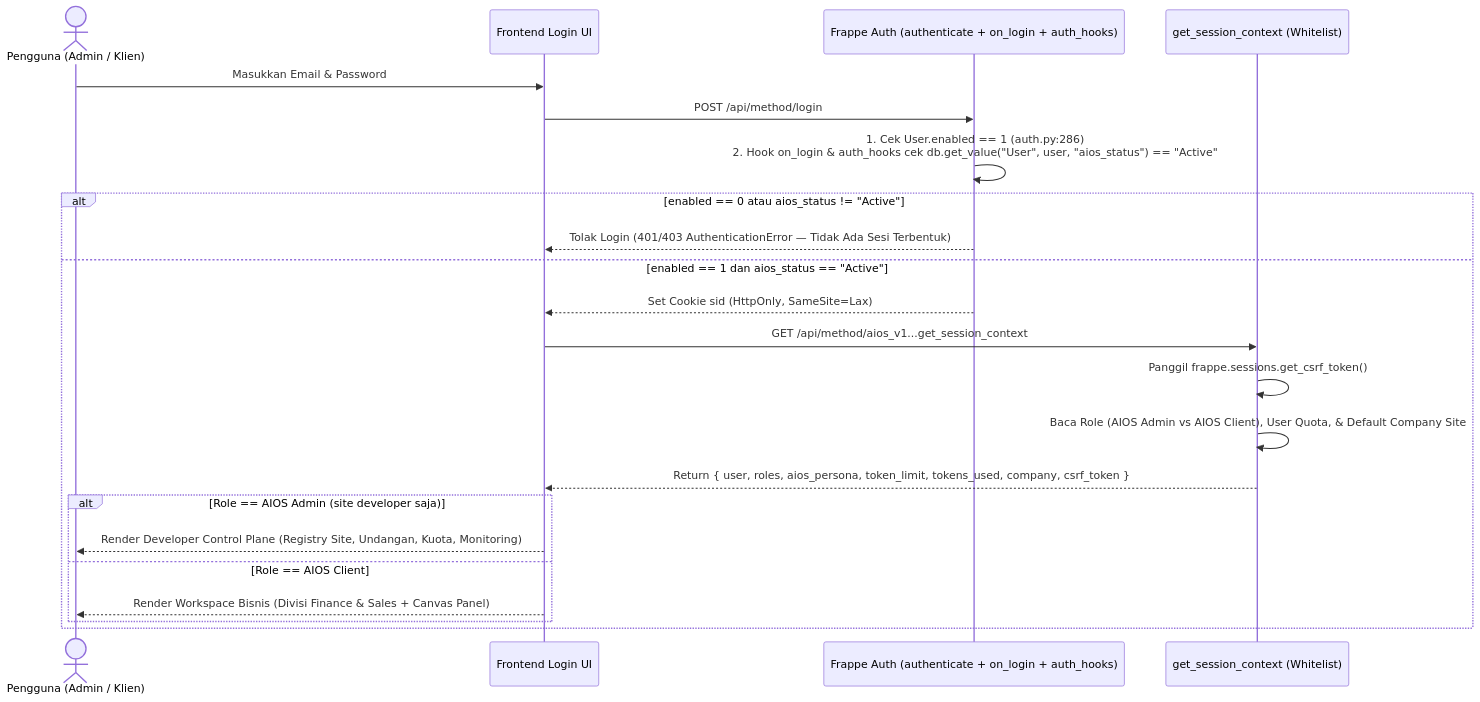
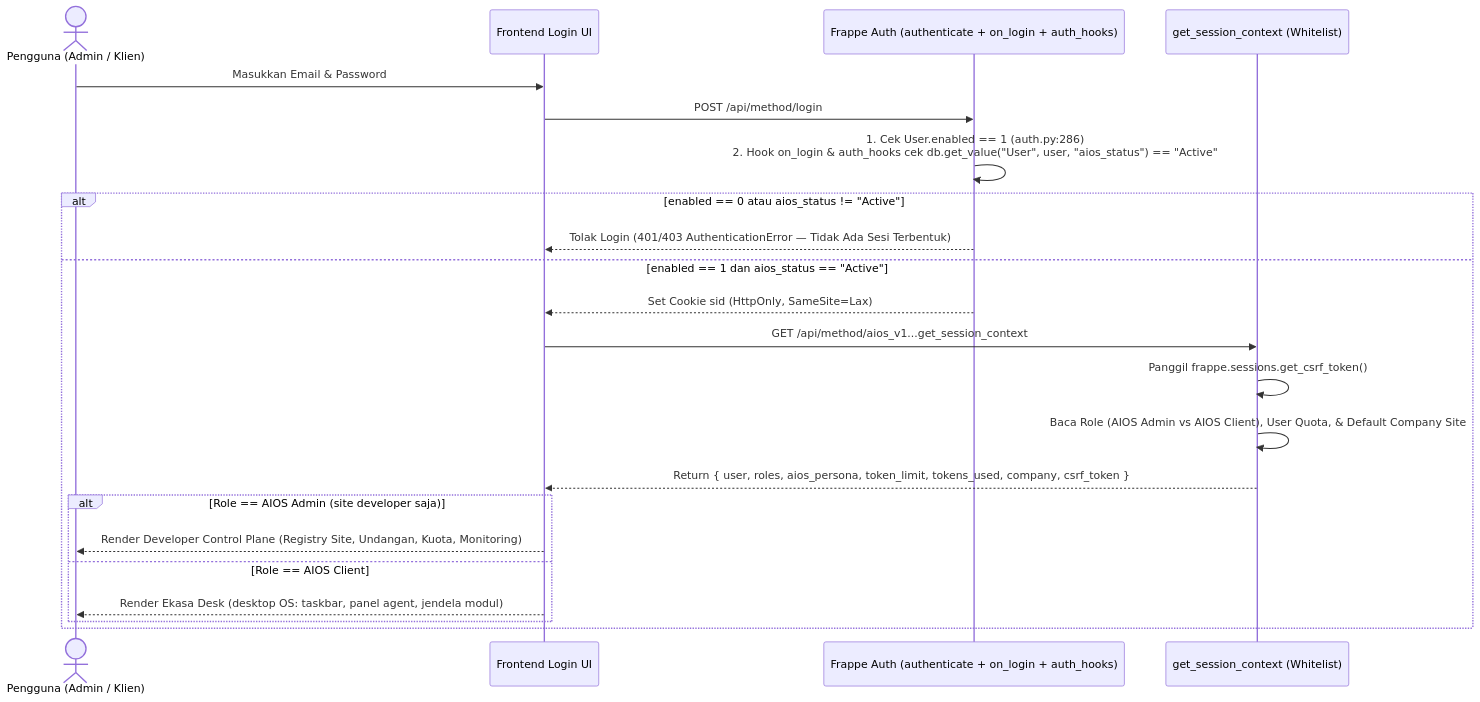
The third of 8 diagrams in docs/04-alur-kerja-sistem.md (Tenshi1308/aios-frappe-16), drawn with Mermaid before and after one commit. The commit also changed other lines of this file and 8 other files, not shown here.

````diff
--- a/docs/04-alur-kerja-sistem.md
+++ b/docs/04-alur-kerja-sistem.md
@@ -83,25 +83,25 @@
 ```mermaid
 sequenceDiagram
     actor User as Pengguna (Admin / Klien)
     participant UI as Frontend Login UI
     participant FrappeAuth as Frappe Auth (authenticate + on_login + auth_hooks)
     participant CtxAPI as get_session_context (Whitelist)
 
     User->>UI: Masukkan Email & Password
     UI->>FrappeAuth: POST /api/method/login
     FrappeAuth->>FrappeAuth: 1. Cek User.enabled == 1 (auth.py:286)<br/>2. Hook on_login & auth_hooks cek db.get_value("User", user, "aios_status") == "Active"
     alt enabled == 0 atau aios_status != "Active"
         FrappeAuth-->>UI: Tolak Login (401/403 AuthenticationError — Tidak Ada Sesi Terbentuk)
     else enabled == 1 dan aios_status == "Active"
         FrappeAuth-->>UI: Set Cookie sid (HttpOnly, SameSite=Lax)
         UI->>CtxAPI: GET /api/method/aios_v1...get_session_context
         CtxAPI->>CtxAPI: Panggil frappe.sessions.get_csrf_token()
         CtxAPI->>CtxAPI: Baca Role (AIOS Admin vs AIOS Client), User Quota, & Default Company Site
         CtxAPI-->>UI: Return { user, roles, aios_persona, token_limit, tokens_used, company, csrf_token }
         alt Role == AIOS Admin (site developer saja)
             UI-->>User: Render Developer Control Plane (Registry Site, Undangan, Kuota, Monitoring)
         else Role == AIOS Client
-            UI-->>User: Render Workspace Bisnis (Divisi Finance & Sales + Canvas Panel)
+            UI-->>User: Render Ekasa Desk (desktop OS: taskbar, panel agent, jendela modul)
         end
     end
 ```
````
